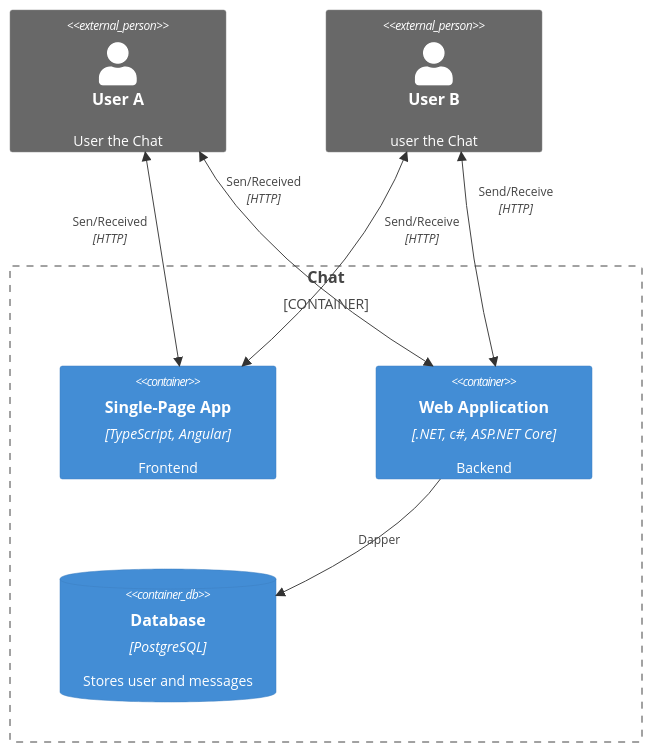
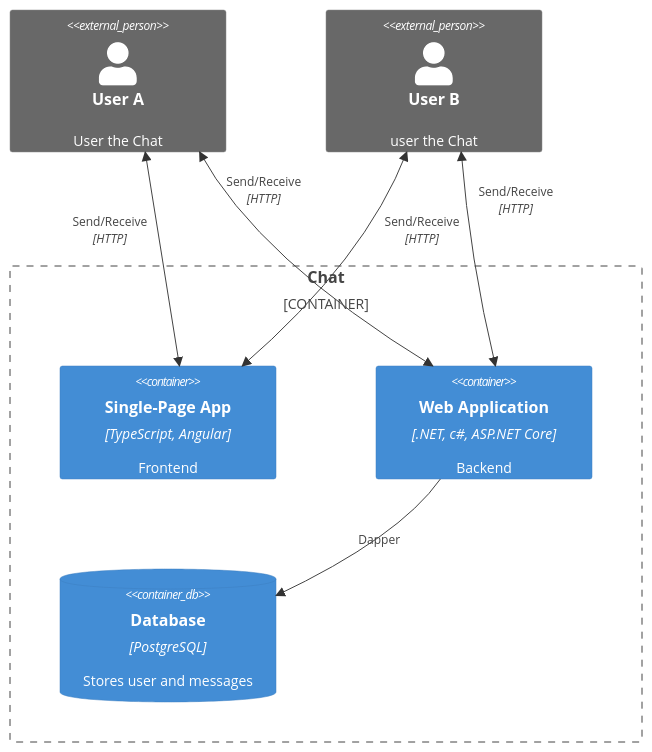
Before and after one commit to jeziellins/chatDemo: the third of 3 diagrams in README.md, drawn with Mermaid. The commit also changed other lines of this file, not shown here.

Commit message:
Ajuaste diagram

````diff
--- a/README.md
+++ b/README.md
@@ -54,23 +54,23 @@
 ```mermaid
     C4Container
       Person_Ext(customerA, "User A", "User the Chat")        
       Person_Ext(customerB, "User B", "user the Chat")
 
       Container_Boundary(c1, "Chat") {
         Container(spa, "Single-Page App", "TypeScript, Angular", "Frontend")
         Container(web_app, "Web Application", ".NET, c#, ASP.NET Core", "Backend")
         ContainerDb(database, "Database", "PostgreSQL", "Stores user and messages")
       }
 
-      BiRel(customerA, spa, "Sen/Received", "HTTP")
+      BiRel(customerA, spa, "Send/Receive", "HTTP")
       BiRel(customerB, spa, "Send/Receive", "HTTP")
-      BiRel(customerA, web_app, "Sen/Received", "HTTP")
+      BiRel(customerA, web_app, "Send/Receive", "HTTP")
       BiRel(customerB, web_app, "Send/Receive", "HTTP")
       Rel(web_app, database, "Dapper")
       UpdateRelStyle(customerA, spa, $offsetY="-40", $offsetX="-90")
       UpdateRelStyle(customerB, spa, $offsetY="-40", $offsetX="60")   
       UpdateRelStyle(customerA, web_app, $offsetY="-80", $offsetX="-90")
       UpdateRelStyle(customerB, web_app, $offsetY="-70", $offsetX="0")      
 
       UpdateLayoutConfig($c4ShapeInRow="2", $c4BoundaryInRow="1")
 ```
````
